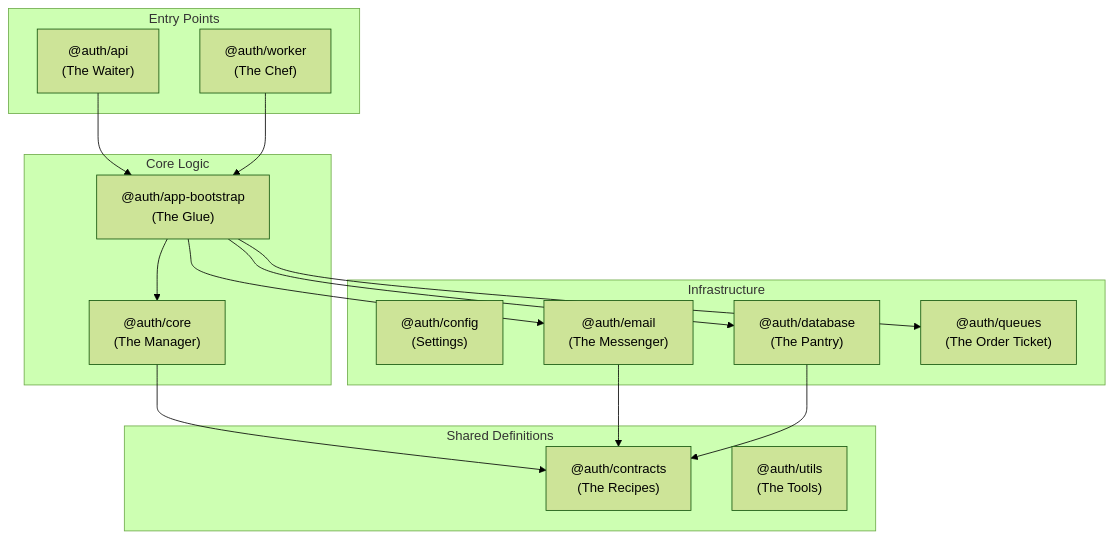
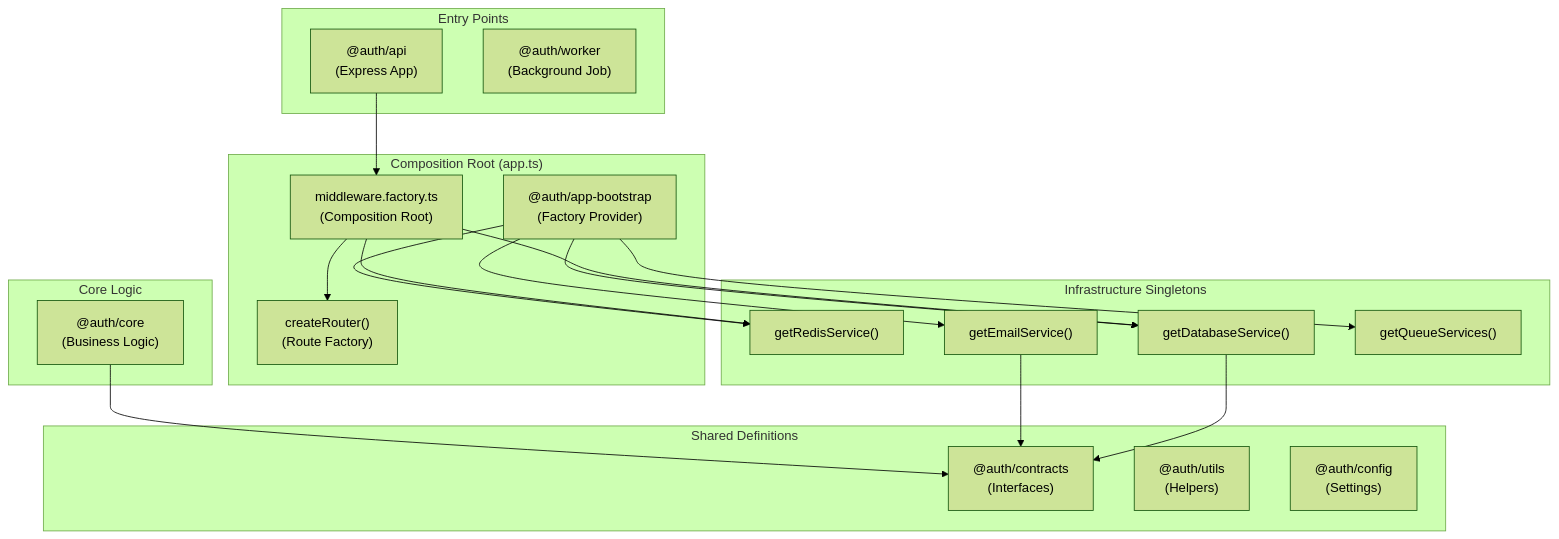
Before and after one commit to motinxyz/mern-auth: the diagram in docs/codebase_explanation_ts.md, drawn with Mermaid (forest theme). The commit also changed other lines of this file and 7 other files, not shown here.

Commit message:
refactor: Adopt factory-based dependency injection and composition root, centralizing service provisioning and making config imports side-effect free.

````diff
--- a/docs/codebase_explanation_ts.md
+++ b/docs/codebase_explanation_ts.md
@@ -25,35 +26,44 @@
 ```mermaid
 graph TB
+    subgraph "Composition Root (app.ts)"
+        Bootstrap["@auth/app-bootstrap<br/>(Factory Provider)"]
+        MiddlewareFactory["middleware.factory.ts<br/>(Composition Root)"]
+        RouterFactory["createRouter()<br/>(Route Factory)"]
+    end
+
     subgraph "Entry Points"
-        API["@auth/api<br/>(The Waiter)"]
-        Worker["@auth/worker<br/>(The Chef)"]
+        API["@auth/api<br/>(Express App)"]
+        Worker["@auth/worker<br/>(Background Job)"]
     end
 
     subgraph "Core Logic"
-        Bootstrap["@auth/app-bootstrap<br/>(The Glue)"]
-        Core["@auth/core<br/>(The Manager)"]
+        Core["@auth/core<br/>(Business Logic)"]
     end
 
-    subgraph "Infrastructure"
-        Config["@auth/config<br/>(Settings)"]
-        Database["@auth/database<br/>(The Pantry)"]
-        Email["@auth/email<br/>(The Messenger)"]
-        Queues["@auth/queues<br/>(The Order Ticket)"]
+    subgraph "Infrastructure Singletons"
+        Redis["getRedisService()"]
+        Database["getDatabaseService()"]
+        Email["getEmailService()"]
+        Queues["getQueueServices()"]
     end
 
     subgraph "Shared Definitions"
-        Contracts["@auth/contracts<br/>(The Recipes)"]
-        Utils["@auth/utils<br/>(The Tools)"]
+        Contracts["@auth/contracts<br/>(Interfaces)"]
+        Utils["@auth/utils<br/>(Helpers)"]
+        Config["@auth/config<br/>(Settings)"]
     end
 
-    API --> Bootstrap
-    Worker --> Bootstrap
-    Bootstrap --> Core
+    Bootstrap --> Redis
     Bootstrap --> Database
     Bootstrap --> Email
     Bootstrap --> Queues
+    
+    API --> MiddlewareFactory
+    MiddlewareFactory --> Redis
+    MiddlewareFactory --> Database
+    MiddlewareFactory --> RouterFactory
     
     Core --> Contracts
     Email --> Contracts
     Database --> Contracts
 ```
````
